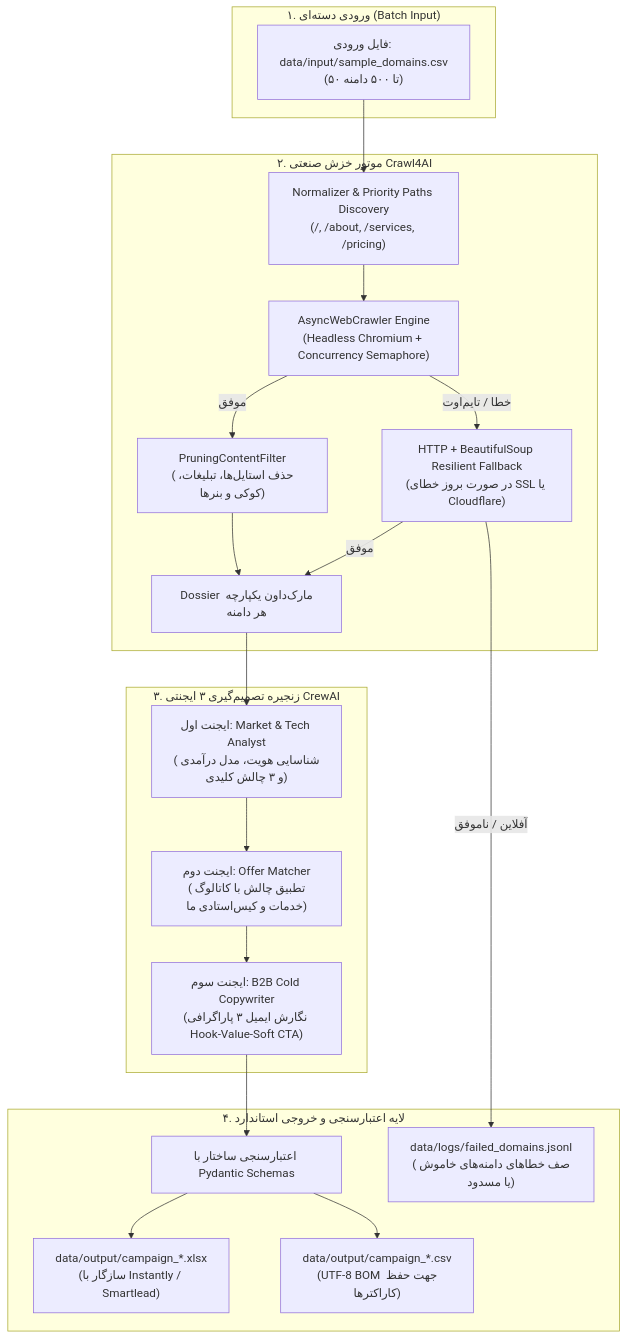
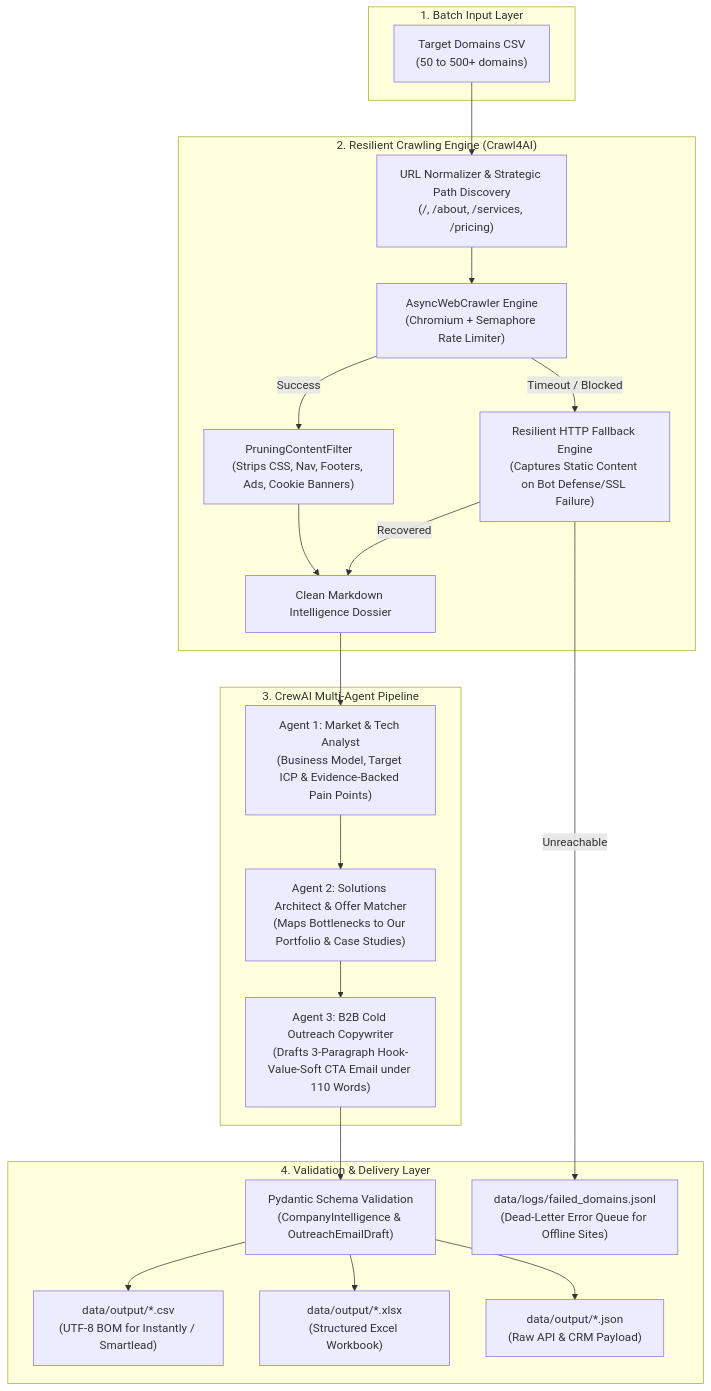
One commit to ME0W004/Autonomous-Competitor-Intelligence-Hyper-Personalized-Cold-Outreach-Pipeline changed the first of 2 diagrams in README.md. Above: the diagram before and after it, drawn with Mermaid. The commit also changed other lines of this file and 1 other file, not shown here.

````diff
--- a/README.md
+++ b/README.md
@@ -16,41 +26,43 @@
 ```mermaid
 flowchart TD
-    subgraph IN["۱. ورودی دسته‌ای (Batch Input)"]
-        CSV["فایل ورودی: data/input/sample_domains.csv<br/>(۵۰ تا ۵۰۰ دامنه)"]
+    subgraph INPUT["1. Batch Input Layer"]
+        CSV["Target Domains CSV<br/>(50 to 500+ domains)"]
     end
 
-    subgraph CRAWL["۲. موتور خزش صنعتی Crawl4AI"]
-        DISC["Normalizer & Priority Paths Discovery<br/>(/, /about, /services, /pricing)"]
-        ENG["AsyncWebCrawler Engine<br/>(Headless Chromium + Concurrency Semaphore)"]
-        FILT["PruningContentFilter<br/>(حذف استایل‌ها، تبلیغات، کوکی و بنرها)"]
-        FALL["HTTP + BeautifulSoup Resilient Fallback<br/>(در صورت بروز خطای SSL یا Cloudflare)"]
-        MD["Dossier مارک‌داون یکپارچه هر دامنه"]
+    subgraph CRAWLER["2. Resilient Crawling Engine (Crawl4AI)"]
+        NORM["URL Normalizer & Strategic Path Discovery<br/>(/, /about, /services, /pricing)"]
+        ASYNC_CRAWL["AsyncWebCrawler Engine<br/>(Chromium + Semaphore Rate Limiter)"]
+        FILTER["PruningContentFilter<br/>(Strips CSS, Nav, Footers, Ads, Cookie Banners)"]
+        FALLBACK["Resilient HTTP Fallback Engine<br/>(Captures Static Content on Bot Defense/SSL Failure)"]
+        DOSSIER["Clean Markdown Intelligence Dossier"]
     end
 
-    subgraph CREW["۳. زنجیره تصمیم‌گیری ۳ ایجنتی CrewAI"]
-        A1["ایجنت اول: Market & Tech Analyst<br/>(شناسایی هویت، مدل درآمدی و ۳ چالش کلیدی)"]
-        A2["ایجنت دوم: Offer Matcher<br/>(تطبیق چالش با کاتالوگ خدمات و کیس‌استادی ما)"]
-        A3["ایجنت سوم: B2B Cold Copywriter<br/>(نگارش ایمیل ۳ پاراگرافی Hook-Value-Soft CTA)"]
+    subgraph CREW["3. CrewAI Multi-Agent Pipeline"]
+        AGENT1["Agent 1: Market & Tech Analyst<br/>(Business Model, Target ICP & Evidence-Backed Pain Points)"]
+        AGENT2["Agent 2: Solutions Architect & Offer Matcher<br/>(Maps Bottlenecks to Our Portfolio & Case Studies)"]
+        AGENT3["Agent 3: B2B Cold Outreach Copywriter<br/>(Drafts 3-Paragraph Hook-Value-Soft CTA Email under 110 Words)"]
     end
 
-    subgraph OUT["۴. لایه اعتبارسنجی و خروجی استاندارد"]
-        PYD["اعتبارسنجی ساختار با Pydantic Schemas"]
-        EXCEL["data/output/campaign_*.xlsx<br/>(سازگار با Instantly / Smartlead)"]
-        CSV_OUT["data/output/campaign_*.csv<br/>(UTF-8 BOM جهت حفظ کاراکترها)"]
-        DLQ["data/logs/failed_domains.jsonl<br/>(صف خطاهای دامنه‌های خاموش یا مسدود)"]
+    subgraph OUTPUT["4. Validation & Delivery Layer"]
+        PYDANTIC["Pydantic Schema Validation<br/>(CompanyIntelligence & OutreachEmailDraft)"]
+        OUT_CSV["data/output/*.csv<br/>(UTF-8 BOM for Instantly / Smartlead)"]
+        OUT_XLSX["data/output/*.xlsx<br/>(Structured Excel Workbook)"]
+        OUT_JSON["data/output/*.json<br/>(Raw API & CRM Payload)"]
+        DLQ["data/logs/failed_domains.jsonl<br/>(Dead-Letter Error Queue for Offline Sites)"]
     end
 
-    CSV --> DISC
-    DISC --> ENG
-    ENG -- "موفق" --> FILT --> MD
-    ENG -- "خطا / تایم‌اوت" --> FALL
-    FALL -- "موفق" --> MD
-    FALL -- "آفلاین / ناموفق" --> DLQ
+    CSV --> NORM
+    NORM --> ASYNC_CRAWL
+    ASYNC_CRAWL -- "Success" --> FILTER --> DOSSIER
+    ASYNC_CRAWL -- "Timeout / Blocked" --> FALLBACK
+    FALLBACK -- "Recovered" --> DOSSIER
+    FALLBACK -- "Unreachable" --> DLQ
 
-    MD --> A1
-    A1 --> A2
-    A2 --> A3
-    A3 --> PYD
-    PYD --> CSV_OUT
-    PYD --> EXCEL
+    DOSSIER --> AGENT1
+    AGENT1 --> AGENT2
+    AGENT2 --> AGENT3
+    AGENT3 --> PYDANTIC
+    PYDANTIC --> OUT_CSV
+    PYDANTIC --> OUT_XLSX
+    PYDANTIC --> OUT_JSON
 ```
````
